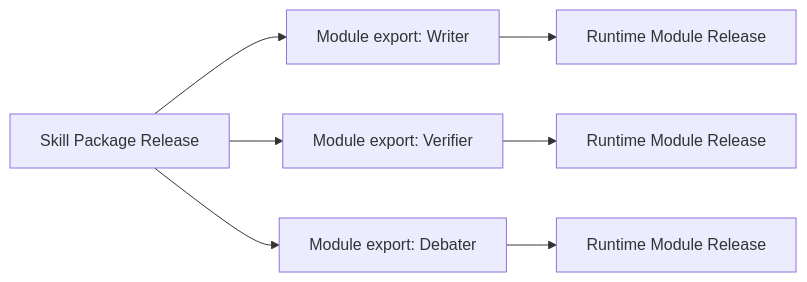
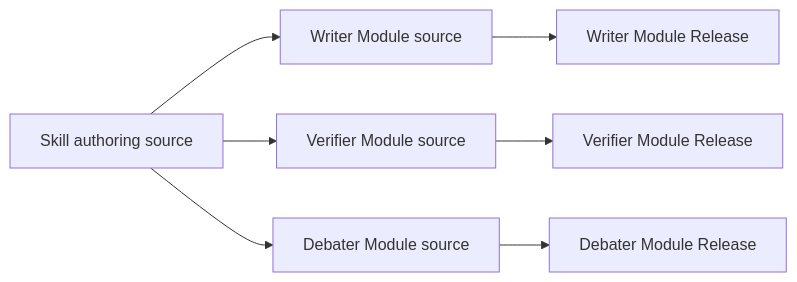
The first of 3 diagrams in designDoc/the_skill_management.md (bobaoai/agent_runtime), drawn with Mermaid before and after one commit. The commit also changed other lines of this file and 62 other files, not shown here.

Commit message:
refactor: separate skill review from runtime modules

````diff
--- a/designDoc/the_skill_management.md
+++ b/designDoc/the_skill_management.md
@@ -190,9 +213,9 @@
 ```mermaid
 flowchart LR
-    S["Skill Package Release"] --> W["Module export: Writer"]
-    S --> V["Module export: Verifier"]
-    S --> D["Module export: Debater"]
-    W --> R1["Runtime Module Release"]
-    V --> R2["Runtime Module Release"]
-    D --> R3["Runtime Module Release"]
+    S["Skill authoring source"] --> W["Writer Module source"]
+    S --> V["Verifier Module source"]
+    S --> D["Debater Module source"]
+    W --> R1["Writer Module Release"]
+    V --> R2["Verifier Module Release"]
+    D --> R3["Debater Module Release"]
 ```
````
